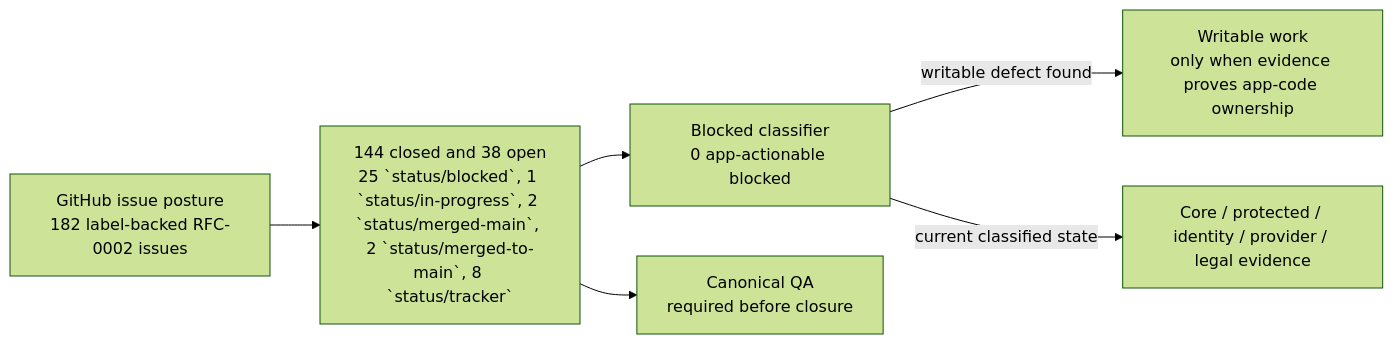
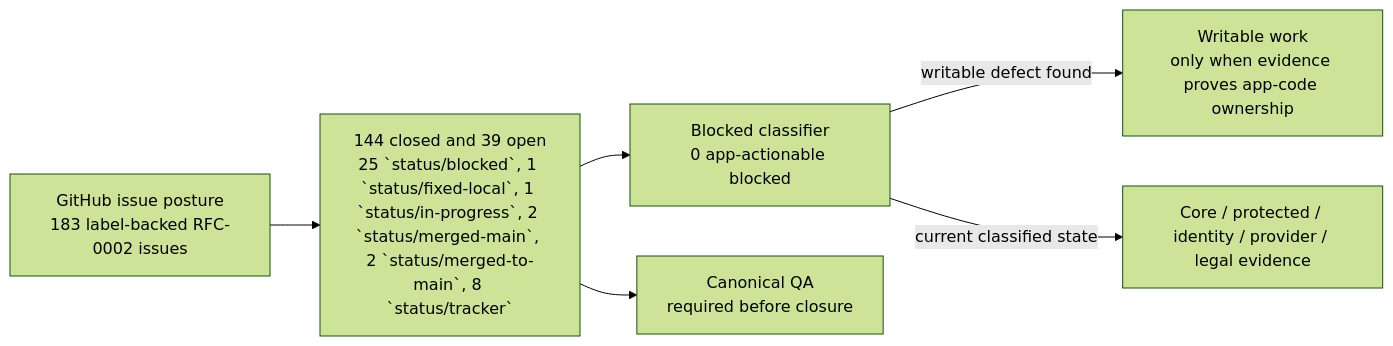
The first of 2 diagrams in wiki/RFC-0002-Execution-Status.md (sgajbi/lotus-idea), drawn with Mermaid (forest theme) before and after one commit. The commit also changed other lines of this file and 9 other files, not shown here.

Commit message:
docs: ledger issue 1040 fixed-local posture

````diff
--- a/wiki/RFC-0002-Execution-Status.md
+++ b/wiki/RFC-0002-Execution-Status.md
@@ -39,15 +39,15 @@
 ```mermaid
 flowchart LR
-    Issues["GitHub issue posture<br/>182 label-backed RFC-0002 issues"]
-    Open["144 closed and 38 open<br/>25 `status/blocked`, 1 `status/in-progress`, 2 `status/merged-main`, 2 `status/merged-to-main`, 8 `status/tracker`"]
+    Issues["GitHub issue posture<br/>183 label-backed RFC-0002 issues"]
+    Open["144 closed and 39 open<br/>25 `status/blocked`, 1 `status/fixed-local`, 1 `status/in-progress`, 2 `status/merged-main`, 2 `status/merged-to-main`, 8 `status/tracker`"]
     Blocked["Blocked classifier<br/>0 app-actionable blocked"]
     Work["Writable work<br/>only when evidence proves app-code ownership"]
     External["Core / protected / identity / provider / legal evidence"]
     QA["Canonical QA<br/>required before closure"]
 
     Issues --> Open
     Open --> Blocked
     Blocked -->|"writable defect found"| Work
     Blocked -->|"current classified state"| External
     Open --> QA
 ```
````
